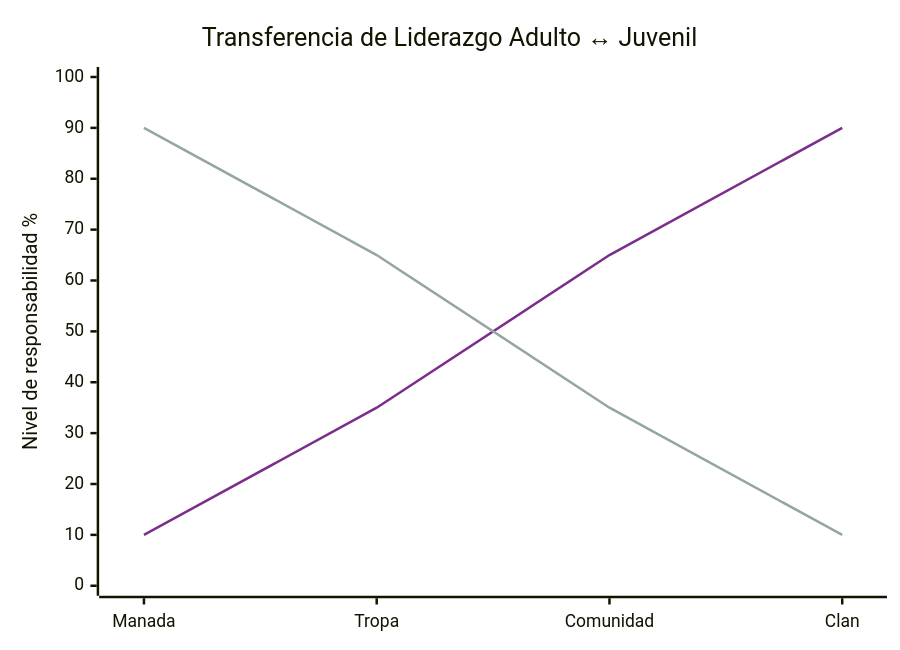
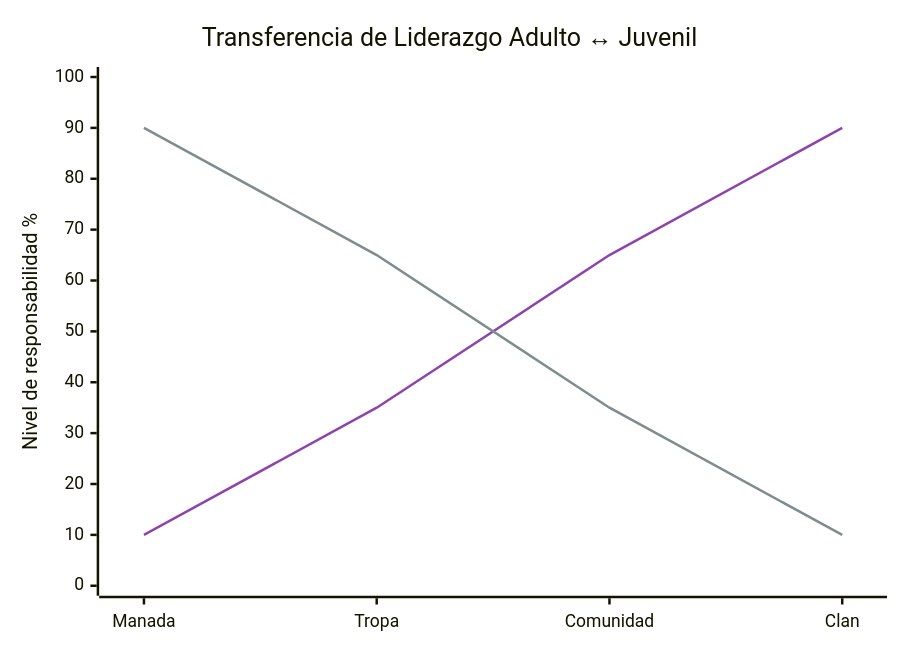
The first of 3 diagrams in docs/base-conocimiento/tips-consejeros/liderazgo-transferencia.md (conecta-clanes/my-website), drawn with Mermaid before and after one commit. The commit also changed other lines of this file and 51 other files, not shown here.

````diff
--- a/docs/base-conocimiento/tips-consejeros/liderazgo-transferencia.md
+++ b/docs/base-conocimiento/tips-consejeros/liderazgo-transferencia.md
@@ -15,9 +15,9 @@
 ```mermaid
-%%{init: {'theme':'base','themeVariables':{'xyChart':{'plotColorPalette':'#7b2d8b,#95a5a6','backgroundColor':'#ffffff'}}}}%%
+%%{init: {'theme':'base','themeVariables':{'xyChart':{'plotColorPalette':'#8e44ad,#7f8c8d','backgroundColor':'#ffffff'}}}}%%
 xychart-beta
     title "Transferencia de Liderazgo Adulto ↔ Juvenil"
     x-axis ["Manada", "Tropa", "Comunidad", "Clan"]
     y-axis "Nivel de responsabilidad %" 0 --> 100
     line [10, 35, 65, 90]
     line [90, 65, 35, 10]
 ```
````
